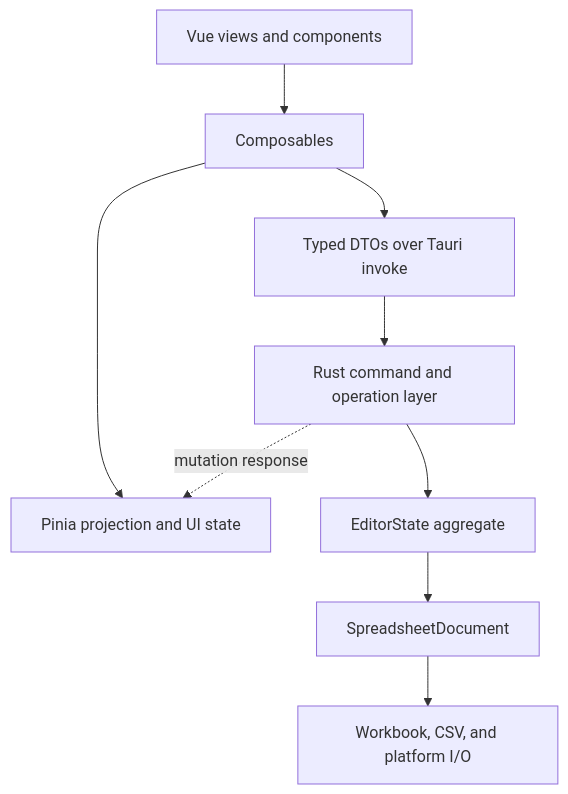
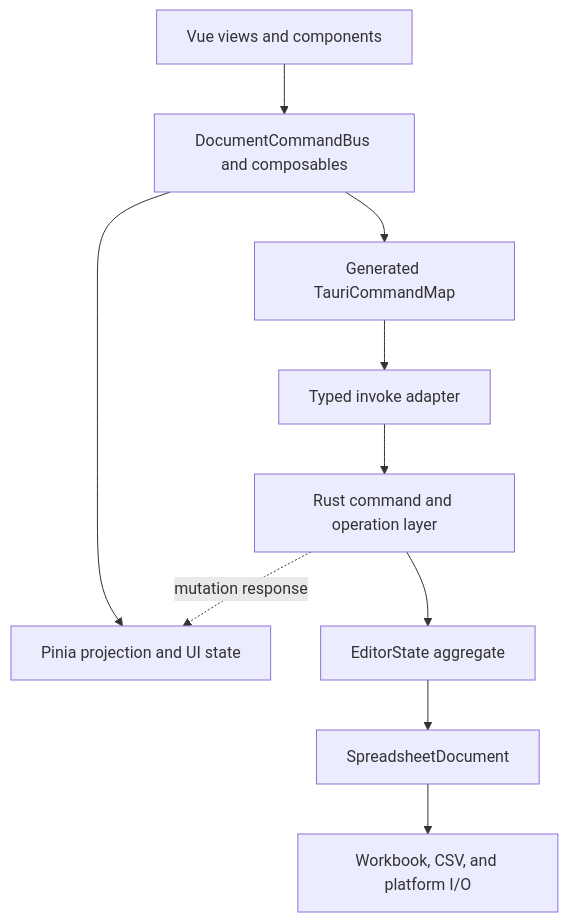
Before and after one commit to mingchiuli/simple-table: the diagram in docs/architecture.md, drawn with Mermaid. The commit also changed other lines of this file and 40 other files, not shown here.

Commit message:
refactor: harden document command protocol

````diff
--- a/docs/architecture.md
+++ b/docs/architecture.md
@@ -8,15 +8,16 @@
 ```mermaid
 flowchart TB
     UI[Vue views and components]
-    APP[Composables]
+    APP[DocumentCommandBus and composables]
     STORE[Pinia projection and UI state]
-    IPC[Typed DTOs over Tauri invoke]
+    RPC[Generated TauriCommandMap]
+    IPC[Typed invoke adapter]
     OPS[Rust command and operation layer]
     STATE[EditorState aggregate]
     DOC[SpreadsheetDocument]
     IO[Workbook, CSV, and platform I/O]
 
     UI --> APP --> STORE
-    APP --> IPC --> OPS --> STATE --> DOC --> IO
+    APP --> RPC --> IPC --> OPS --> STATE --> DOC --> IO
     OPS -. mutation response .-> STORE
 ```
````
